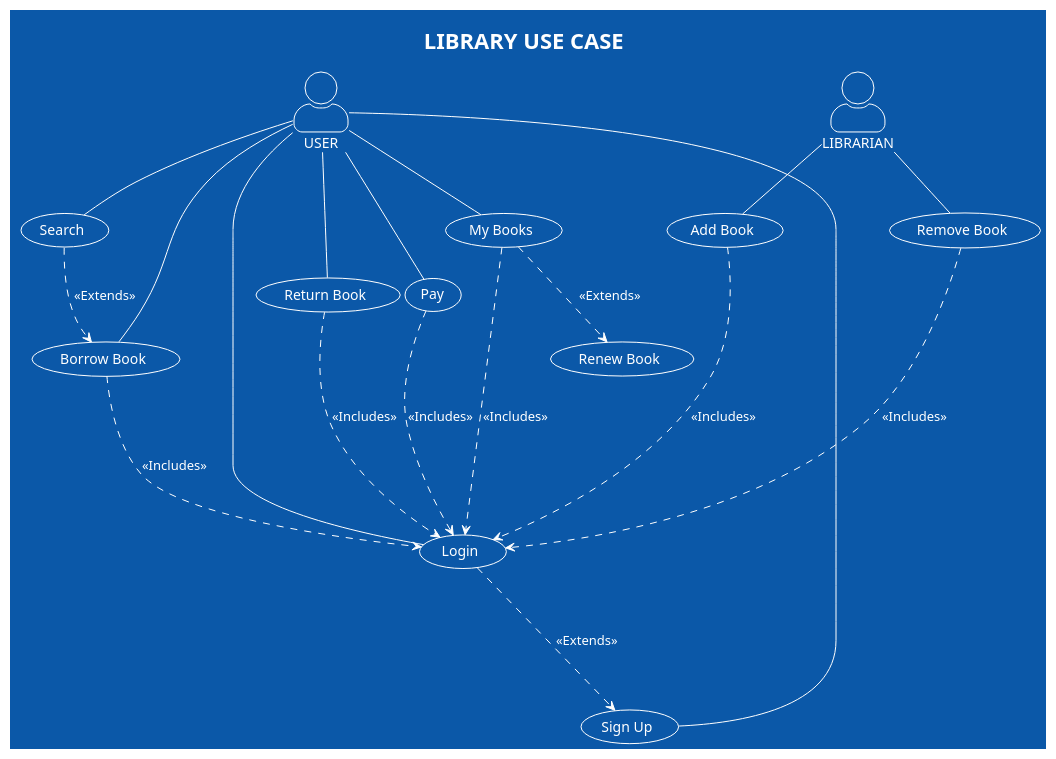
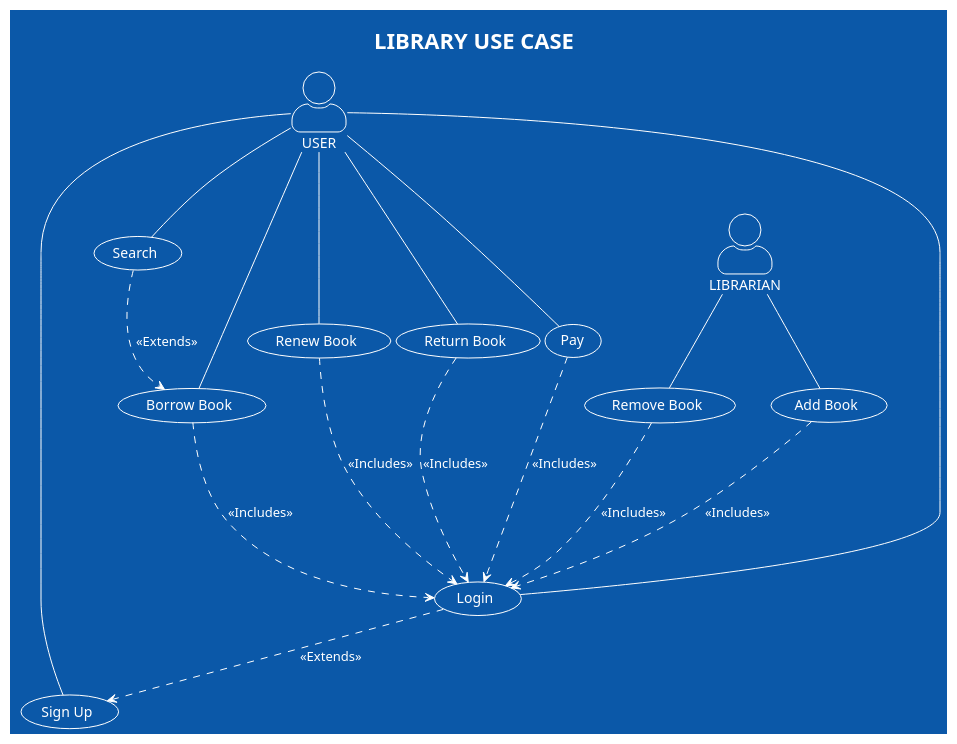
The diagram in use-case/use-case-diagram.md (Gabe-Alvess/LibraryAppDiagrams), drawn with PlantUML before and after one commit. The commit also changed 13 other files, not shown here.

````diff
--- a/use-case/use-case-diagram.md
+++ b/use-case/use-case-diagram.md
@@ -1,48 +1,46 @@
 ```plantuml
 
 @startuml
 
 !theme amiga
 skinparam actorStyle awesome
 title LIBRARY USE CASE
 
 :USER: as user
 ( Login ) as login
 (Sign Up) as signUp
 (Search) as search
 (Borrow Book) as borrowBook
 (Renew Book) as renewBook
-(My Books) as myBooks
 (Return Book) as returnBook
 (Pay) as pay
 
 :LIBRARIAN: as librarian
 (Add Book) as addBook
 (Remove Book) as removeBook
 
 user -- signUp
 user -- login
 user -- search
 user -- borrowBook
-user -- myBooks
+user -- renewBook
 user -- returnBook
 user -- pay
 
 search ..> borrowBook : <<Extends>>
-myBooks ..> renewBook : <<Extends>>
-login ...> signUp : <<Extends>>
+login ..> signUp : <<Extends>>
 
 borrowBook ...> login : <<Includes>>
-myBooks ...> login : <<Includes>>
+renewBook ...> login : <<Includes>>
 returnBook ...> login : <<Includes>>
 pay ...> login : <<Includes>>
 
 librarian -- addBook
 librarian -- removeBook
 
-addBook ....> login : <<Includes>>
-removeBook ....> login : <<Includes>>
+addBook ...> login : <<Includes>>
+removeBook ...> login : <<Includes>>
 
 @enduml
 
 ```
````
